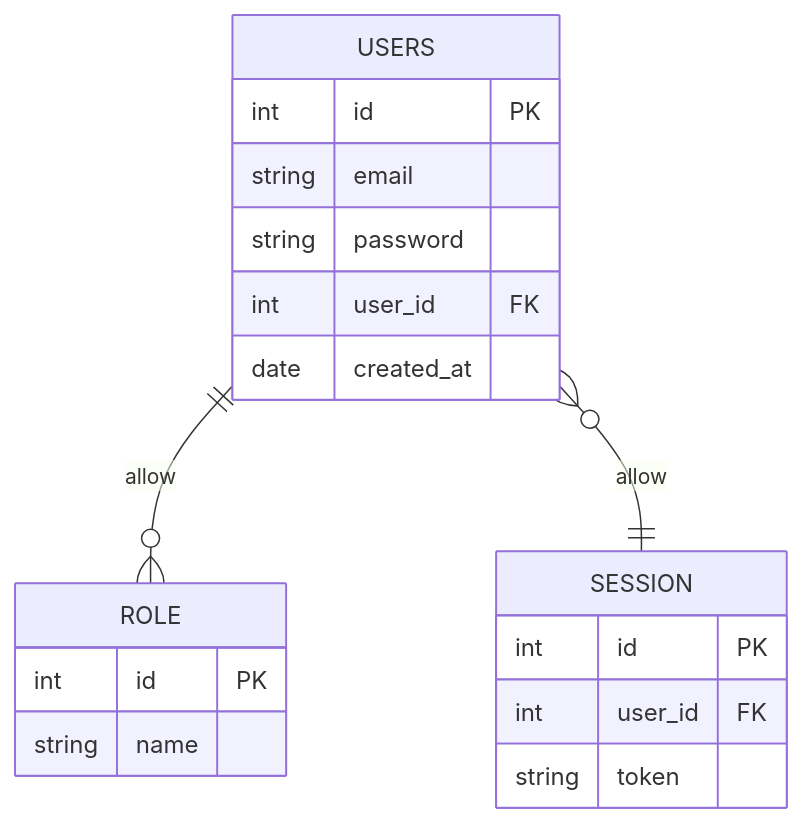
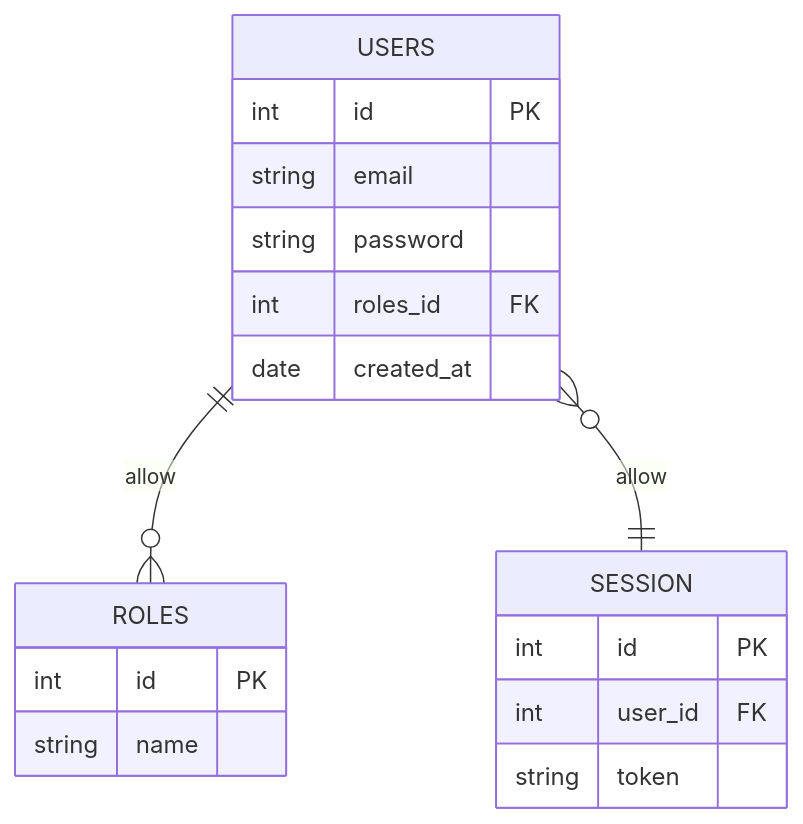
One commit to mfchrzlmzakky/koda-b1-db4 changed the diagram in README.MD. Above: the diagram before and after it, drawn with Mermaid.

Commit message:
fix: fixing users table and roles table relation

````diff
--- a/README.MD
+++ b/README.MD
@@ -1,26 +1,26 @@
 ```mermaid
 
 erDiagram
 
-USERS ||--o{ ROLE : allow
+USERS ||--o{ ROLES : allow
 USERS }o--|| SESSION : allow
 USERS{
   int id PK
   string email
   string password
-  int user_id FK
+  int roles_id FK
   date created_at
 }
 
-ROLE{
+ROLES{
   int id PK
   string name
 }
 
 SESSION{
   int id PK
   int user_id FK
   string token
 }
 
 ```
````
